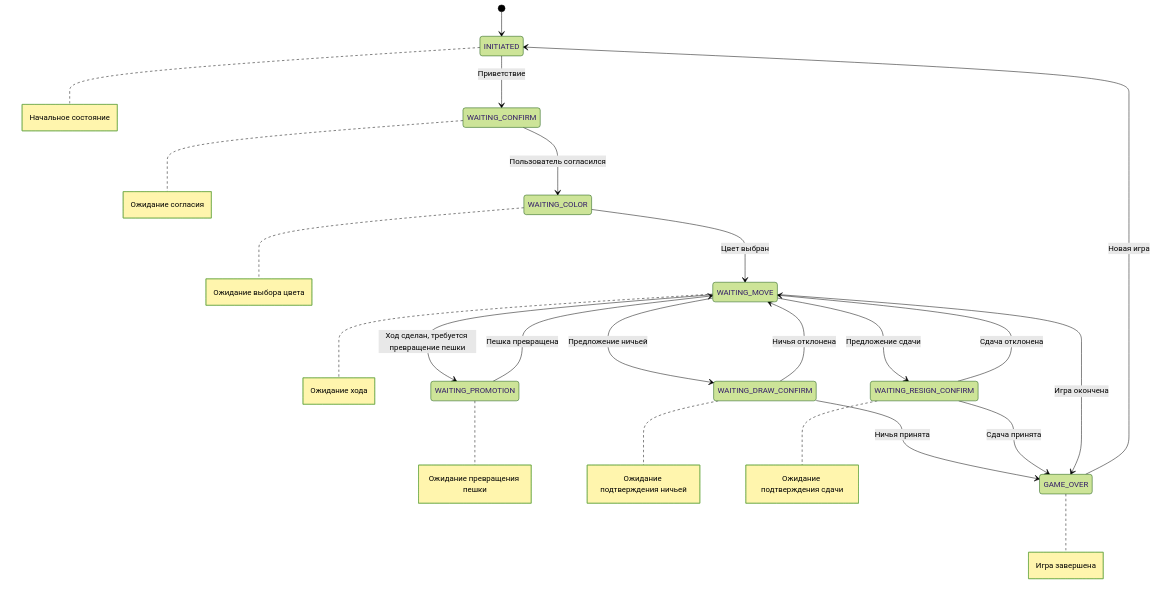
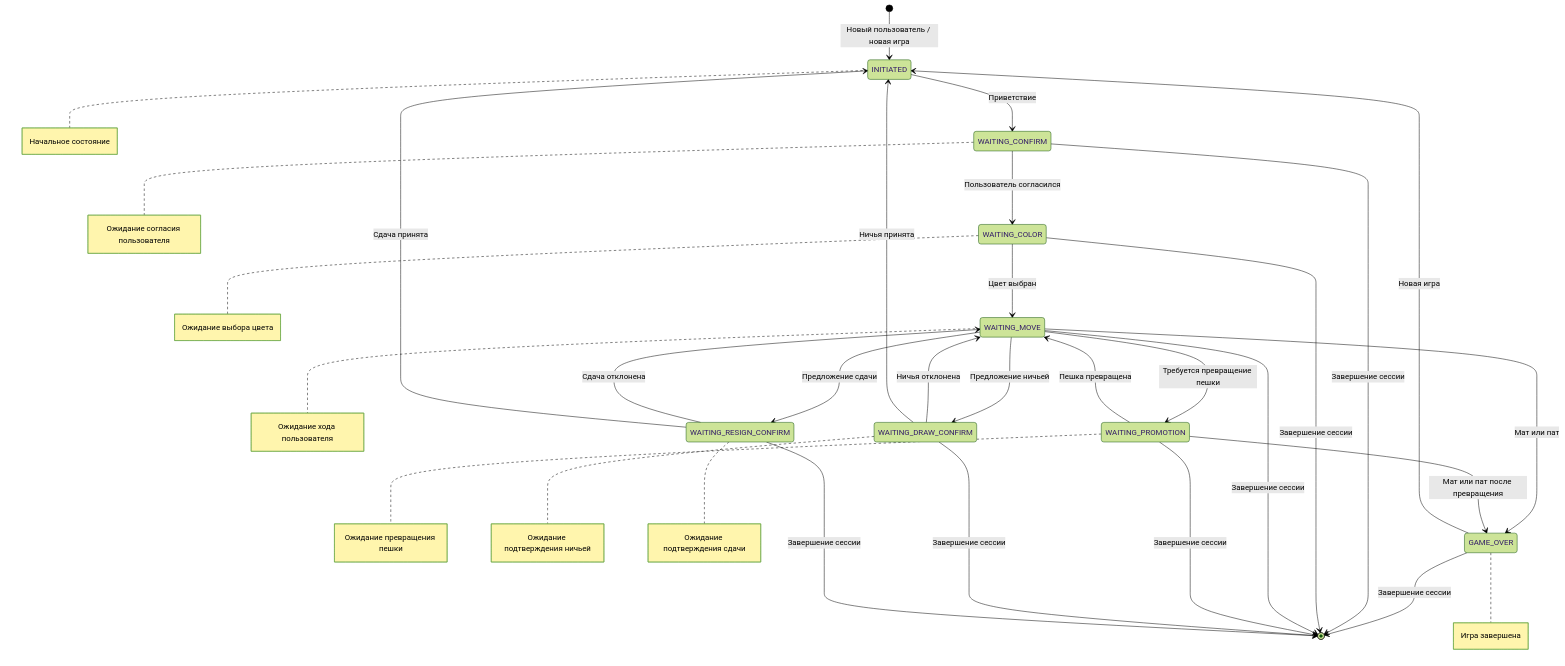
The diagram in diagrams/state_diagram.md (axtrace/alisa_chess), drawn with Mermaid (forest theme) before and after one commit. The commit also changed 2 other files, not shown here.

Commit message:
Обновил readme

````diff
--- a/diagrams/state_diagram.md
+++ b/diagrams/state_diagram.md
@@ -1,26 +1,34 @@
 ```mermaid
 stateDiagram-v2
-    [*] --> INITIATED
+    [*] --> INITIATED: Новый пользователь / новая игра
     INITIATED --> WAITING_CONFIRM: Приветствие
     WAITING_CONFIRM --> WAITING_COLOR: Пользователь согласился
     WAITING_COLOR --> WAITING_MOVE: Цвет выбран
-    WAITING_MOVE --> WAITING_PROMOTION: Ход сделан, требуется превращение пешки
+    WAITING_MOVE --> WAITING_PROMOTION: Требуется превращение пешки
     WAITING_PROMOTION --> WAITING_MOVE: Пешка превращена
     WAITING_MOVE --> WAITING_DRAW_CONFIRM: Предложение ничьей
     WAITING_DRAW_CONFIRM --> WAITING_MOVE: Ничья отклонена
-    WAITING_DRAW_CONFIRM --> GAME_OVER: Ничья принята
+    WAITING_DRAW_CONFIRM --> INITIATED: Ничья принята
     WAITING_MOVE --> WAITING_RESIGN_CONFIRM: Предложение сдачи
     WAITING_RESIGN_CONFIRM --> WAITING_MOVE: Сдача отклонена
-    WAITING_RESIGN_CONFIRM --> GAME_OVER: Сдача принята
-    WAITING_MOVE --> GAME_OVER: Игра окончена
+    WAITING_RESIGN_CONFIRM --> INITIATED: Сдача принята
+    WAITING_MOVE --> GAME_OVER: Мат или пат
+    WAITING_PROMOTION --> GAME_OVER: Мат или пат после превращения
     GAME_OVER --> INITIATED: Новая игра
+    GAME_OVER --> [*]: Завершение сессии
+    WAITING_CONFIRM --> [*]: Завершение сессии
+    WAITING_COLOR --> [*]: Завершение сессии
+    WAITING_MOVE --> [*]: Завершение сессии
+    WAITING_PROMOTION --> [*]: Завершение сессии
+    WAITING_DRAW_CONFIRM --> [*]: Завершение сессии
+    WAITING_RESIGN_CONFIRM --> [*]: Завершение сессии
 
     note right of INITIATED: Начальное состояние
-    note right of WAITING_CONFIRM: Ожидание согласия
+    note right of WAITING_CONFIRM: Ожидание согласия пользователя
     note right of WAITING_COLOR: Ожидание выбора цвета
-    note right of WAITING_MOVE: Ожидание хода
+    note right of WAITING_MOVE: Ожидание хода пользователя
     note right of WAITING_PROMOTION: Ожидание превращения пешки
     note right of WAITING_DRAW_CONFIRM: Ожидание подтверждения ничьей
     note right of WAITING_RESIGN_CONFIRM: Ожидание подтверждения сдачи
     note right of GAME_OVER: Игра завершена
 ``` 
````
